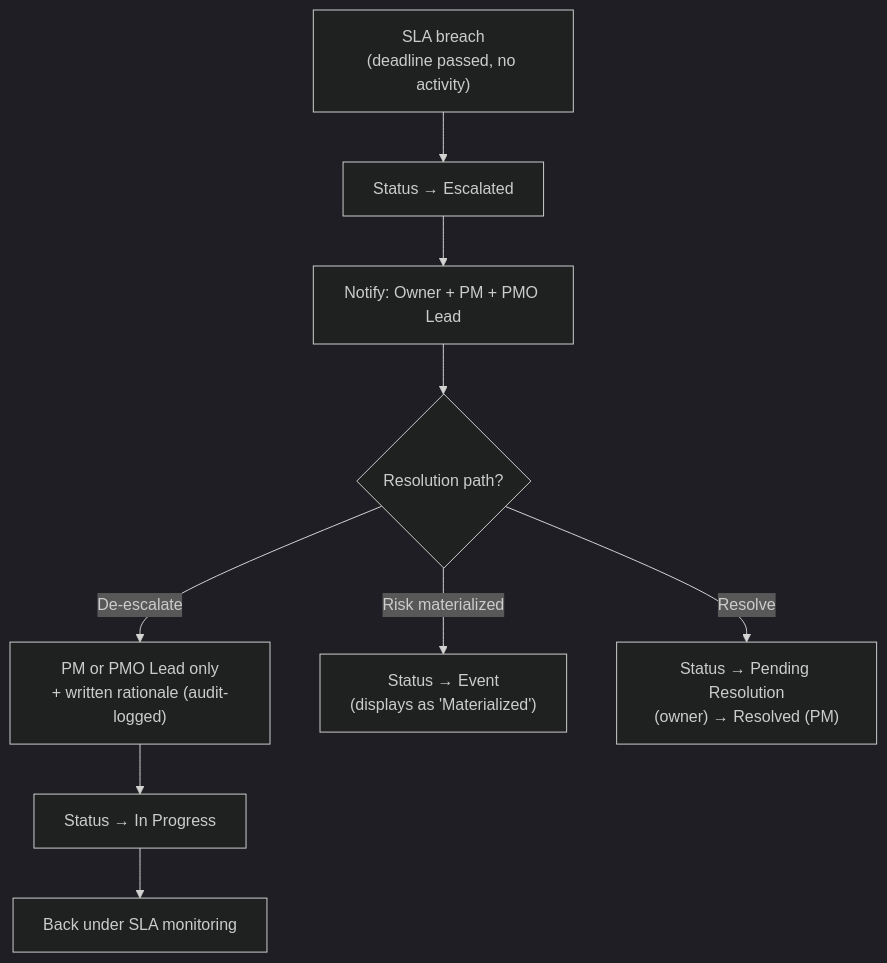
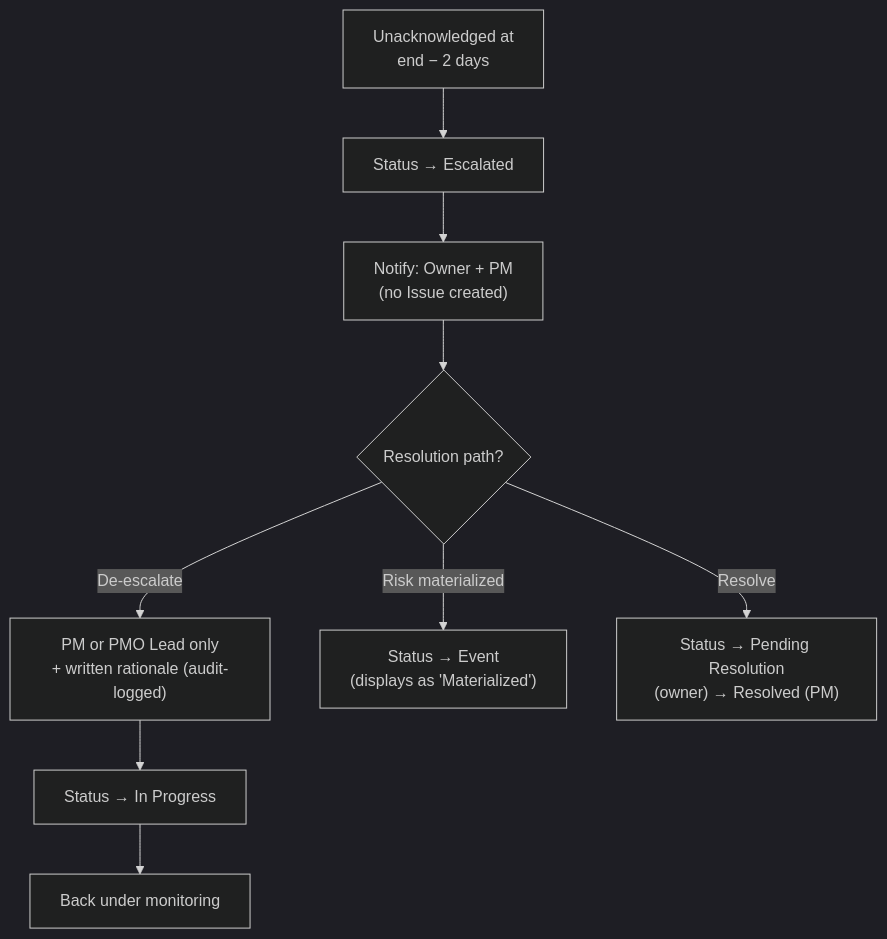
Before and after one commit to BelloOlawale/Pmo-risk-reccurrence: the eighth of 11 diagrams in PROCESS_FLOW.md, drawn with Mermaid (dark theme). The commit also changed other lines of this file and 21 other files, not shown here.

````diff
--- a/PROCESS_FLOW.md
+++ b/PROCESS_FLOW.md
@@ -266,11 +263,11 @@
 ```mermaid
 flowchart TD
-    A["SLA breach<br/>(deadline passed, no activity)"] --> B["Status → Escalated"]
-    B --> C["Notify: Owner + PM + PMO Lead"]
+    A["Unacknowledged at<br/>end − 2 days"] --> B["Status → Escalated"]
+    B --> C["Notify: Owner + PM<br/>(no Issue created)"]
     C --> D{"Resolution path?"}
     D -->|"De-escalate"| E["PM or PMO Lead only<br/>+ written rationale (audit-logged)"]
     E --> F["Status → In Progress"]
-    F --> G["Back under SLA monitoring"]
+    F --> G["Back under monitoring"]
     D -->|"Risk materialized"| H["Status → Event<br/>(displays as 'Materialized')"]
     D -->|"Resolve"| I["Status → Pending Resolution<br/>(owner) → Resolved (PM)"]
 ```
````
